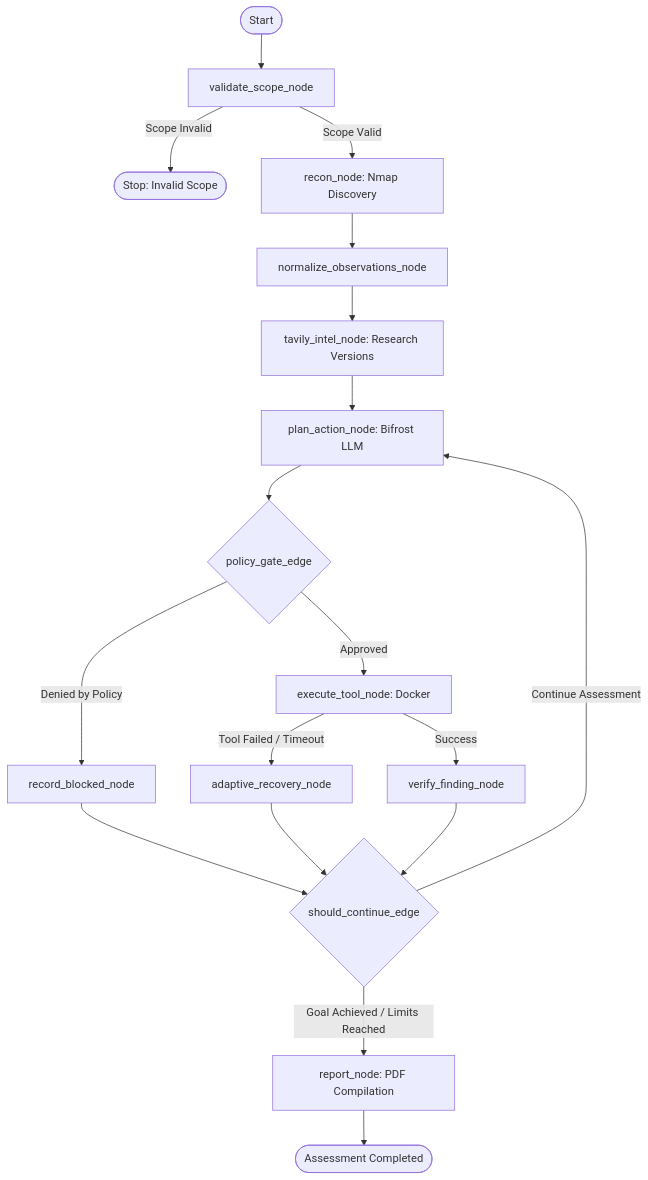
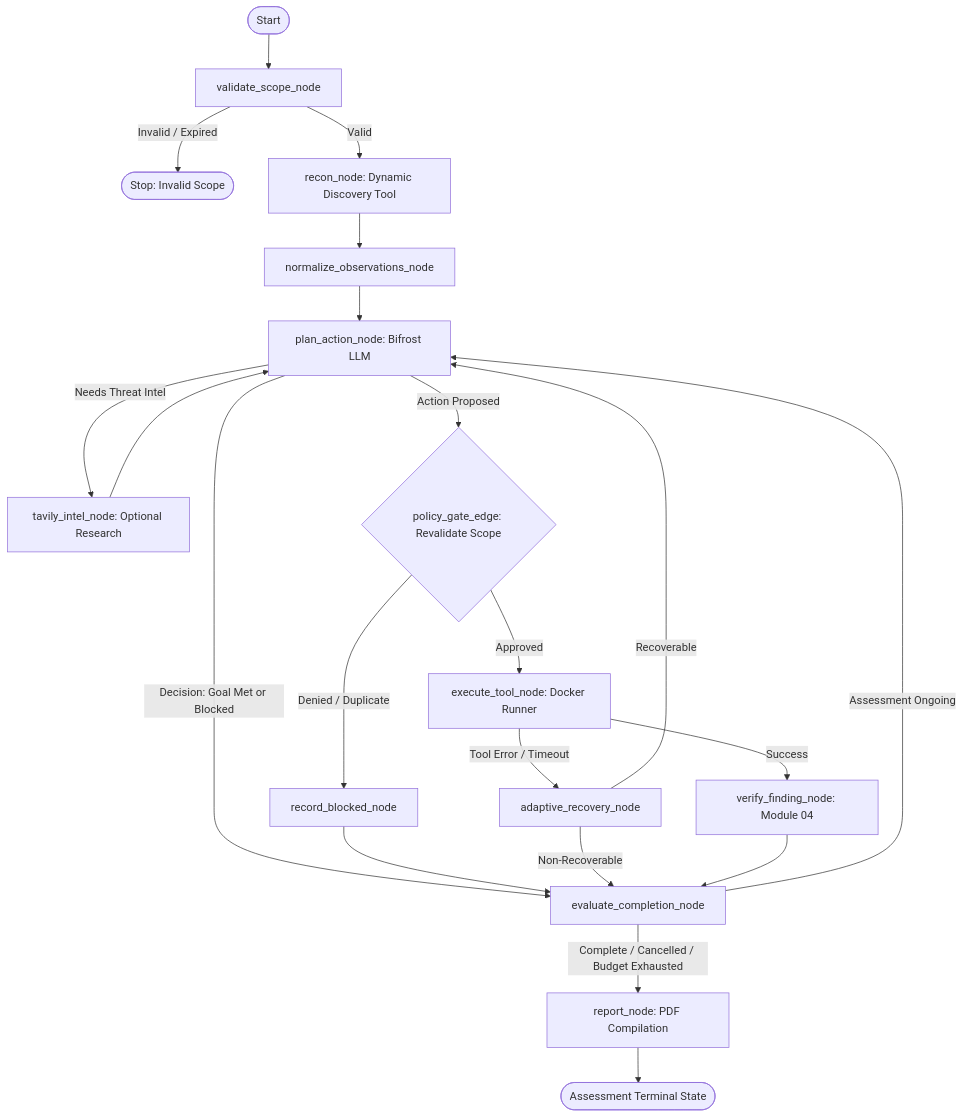
Before and after one commit to Ajju0211/argus: the diagram in specs/02-agent-orchestrator-and-recovery.md, drawn with Mermaid. The commit also changed other lines of this file and 30 other files, not shown here.

First line of the commit message:
docs: update architecture specifications, module specs, and remediation tasks

````diff
--- a/specs/02-agent-orchestrator-and-recovery.md
+++ b/specs/02-agent-orchestrator-and-recovery.md
@@ -65,26 +124,31 @@
 ```mermaid
 flowchart TD
     START([Start]) --> V_SCOPE[validate_scope_node]
-    V_SCOPE -->|Scope Invalid| STOP_ERR([Stop: Invalid Scope])
-    V_SCOPE -->|Scope Valid| RECON[recon_node: Nmap Discovery]
+    V_SCOPE -->|Invalid / Expired| STOP_ERR([Stop: Invalid Scope])
+    V_SCOPE -->|Valid| RECON[recon_node: Dynamic Discovery Tool]
 
     RECON --> NORM[normalize_observations_node]
-    NORM --> INTEL[tavily_intel_node: Research Versions]
+    NORM --> PLAN[plan_action_node: Bifrost LLM]
 
-    INTEL --> PLAN[plan_action_node: Bifrost LLM]
-    PLAN --> GATE{policy_gate_edge}
+    PLAN -->|Needs Threat Intel| INTEL[tavily_intel_node: Optional Research]
+    INTEL --> PLAN
 
-    GATE -->|Denied by Policy| BLOCKED[record_blocked_node]
-    BLOCKED --> EVAL{should_continue_edge}
+    PLAN -->|Action Proposed| POLICY_GATE{policy_gate_edge: Revalidate Scope}
+    PLAN -->|Decision: Goal Met or Blocked| EVAL_COMPLETION[evaluate_completion_node]
 
-    GATE -->|Approved| EXEC[execute_tool_node: Docker]
-    EXEC -->|Tool Failed / Timeout| RECOVER[adaptive_recovery_node]
-    RECOVER --> EVAL
+    POLICY_GATE -->|Denied / Duplicate| RECORD_BLOCKED[record_blocked_node]
+    RECORD_BLOCKED --> EVAL_COMPLETION
 
-    EXEC -->|Success| VERIFY[verify_finding_node]
-    VERIFY --> EVAL
+    POLICY_GATE -->|Approved| EXEC_TOOL[execute_tool_node: Docker Runner]
 
-    EVAL -->|Continue Assessment| PLAN
-    EVAL -->|Goal Achieved / Limits Reached| REPORT[report_node: PDF Compilation]
-    REPORT --> DONE([Assessment Completed])
+    EXEC_TOOL -->|Tool Error / Timeout| RECOVER[adaptive_recovery_node]
+    RECOVER -->|Recoverable| PLAN
+    RECOVER -->|Non-Recoverable| EVAL_COMPLETION
+
+    EXEC_TOOL -->|Success| VERIFY[verify_finding_node: Module 04]
+    VERIFY --> EVAL_COMPLETION
+
+    EVAL_COMPLETION -->|Assessment Ongoing| PLAN
+    EVAL_COMPLETION -->|Complete / Cancelled / Budget Exhausted| REPORT[report_node: PDF Compilation]
+    REPORT --> DONE([Assessment Terminal State])
 ```
````
